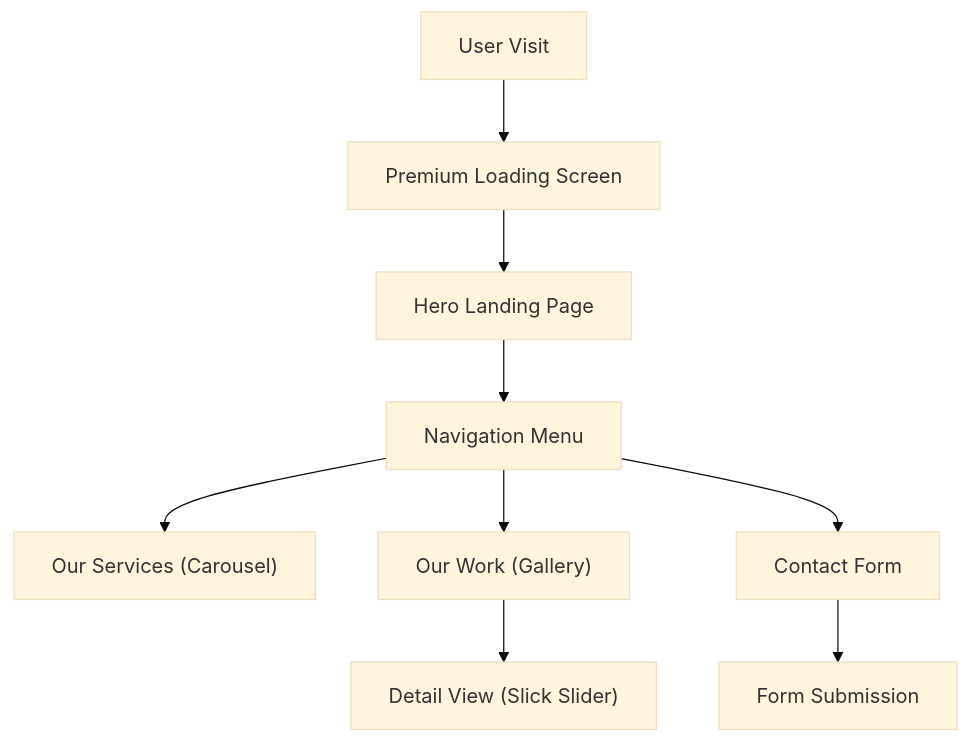
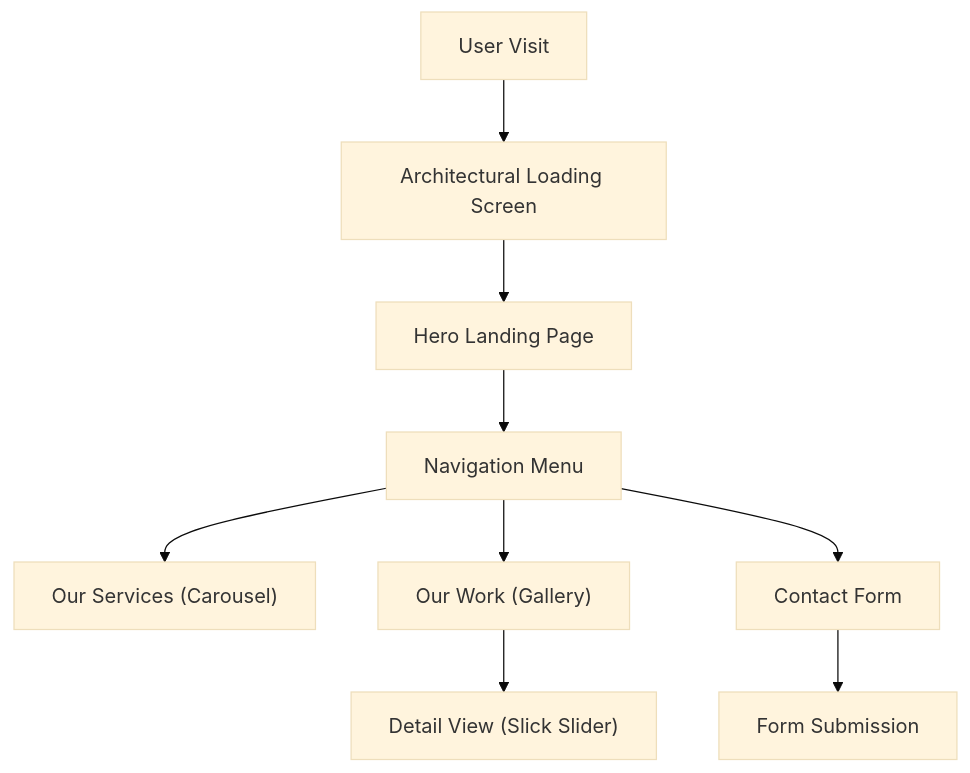
Before and after one commit to Amey-Thakur/LUNAR-DESIGN-STUDIO: the diagram in docs/SPECIFICATION.md, drawn with Mermaid (base theme). The commit also changed other lines of this file and 2 other files, not shown here.

Commit message:
LUNAR-DESIGN-STUDIO

````diff
--- a/docs/SPECIFICATION.md
+++ b/docs/SPECIFICATION.md
@@ -9,11 +9,11 @@
 ```mermaid
 graph TD
-    Start["User Visit"] --> Load["Premium Loading Screen"]
+    Start["User Visit"] --> Load["Architectural Loading Screen"]
     Load --> Home["Hero Landing Page"]
     Home --> Nav["Navigation Menu"]
     Nav --> Services["Our Services (Carousel)"]
     Nav --> Work["Our Work (Gallery)"]
     Nav --> Contact["Contact Form"]
     Work --> Modal["Detail View (Slick Slider)"]
     Contact --> Submit["Form Submission"]
 ```
````
